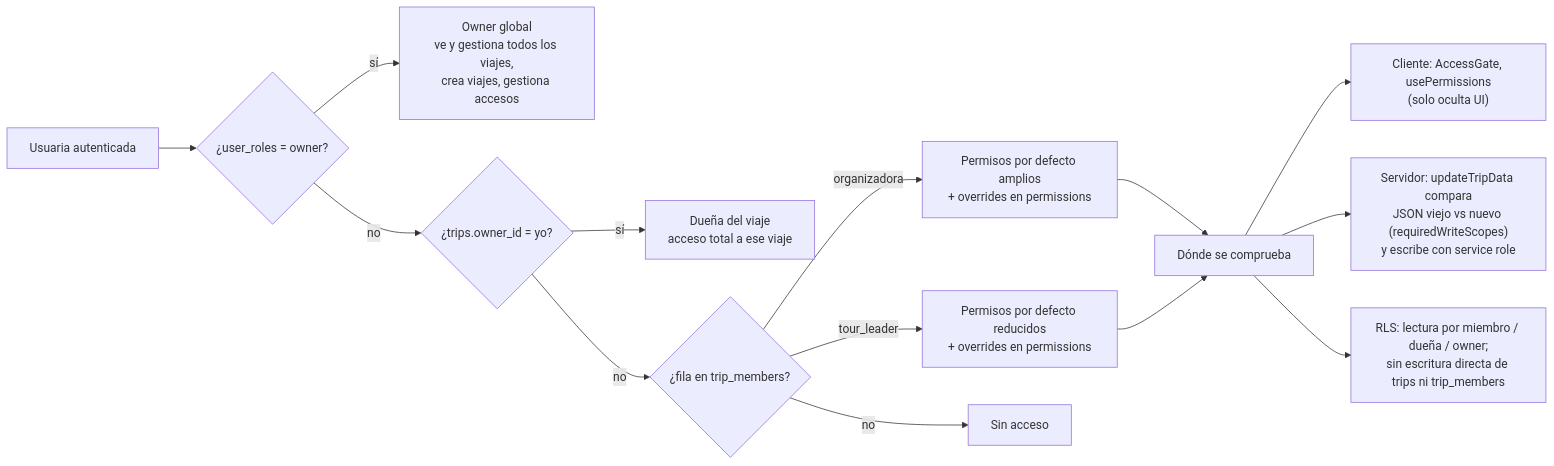
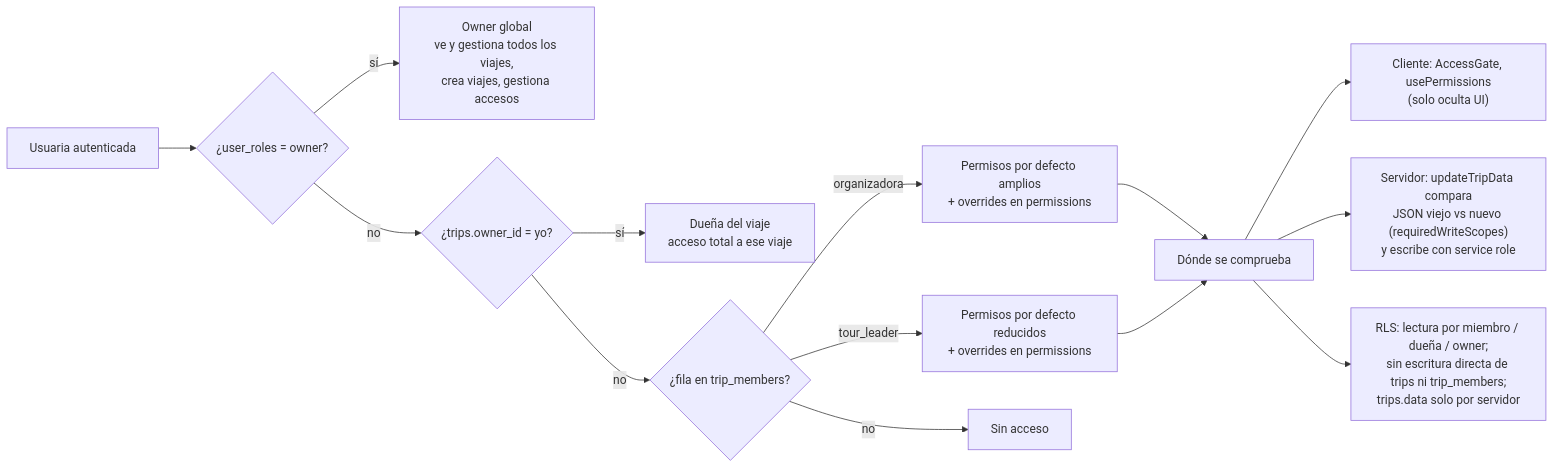
Before and after one commit to gaby26203/planeii: the fourth of 5 diagrams in docs/arquitectura.md, drawn with Mermaid. The commit also changed other lines of this file and 15 other files, not shown here.

First line of the commit message:
Leer el JSON del viaje solo desde el servidor y ocultar montos sin "Ver finanzas"

````diff
--- a/docs/arquitectura.md
+++ b/docs/arquitectura.md
@@ -207,16 +208,16 @@
 ```mermaid
 flowchart LR
   U["Usuaria autenticada"] --> Q1{"¿user_roles = owner?"}
   Q1 -->|sí| OWN["Owner global<br/>ve y gestiona todos los viajes,<br/>crea viajes, gestiona accesos"]
   Q1 -->|no| Q2{"¿trips.owner_id = yo?"}
   Q2 -->|sí| DUE["Dueña del viaje<br/>acceso total a ese viaje"]
   Q2 -->|no| Q3{"¿fila en trip_members?"}
   Q3 -->|organizadora| ORGA["Permisos por defecto amplios<br/>+ overrides en permissions"]
   Q3 -->|tour_leader| TL["Permisos por defecto reducidos<br/>+ overrides en permissions"]
   Q3 -->|no| NO["Sin acceso"]
 
   ORGA & TL --> CHK["Dónde se comprueba"]
   CHK --> C1["Cliente: AccessGate, usePermissions<br/>(solo oculta UI)"]
   CHK --> C2["Servidor: updateTripData compara<br/>JSON viejo vs nuevo (requiredWriteScopes)<br/>y escribe con service role"]
-  CHK --> C3["RLS: lectura por miembro / dueña / owner;<br/>sin escritura directa de trips ni trip_members"]
+  CHK --> C3["RLS: lectura por miembro / dueña / owner;<br/>sin escritura directa de trips ni trip_members;<br/>trips.data solo por servidor"]
 ```
````
